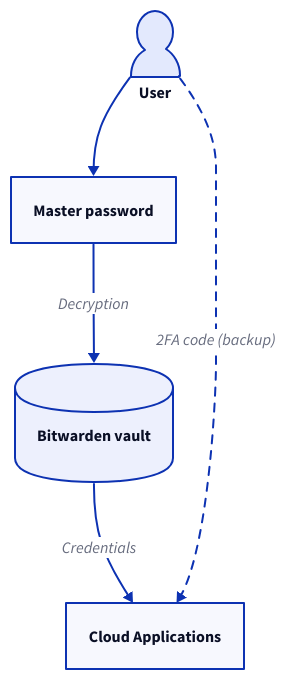
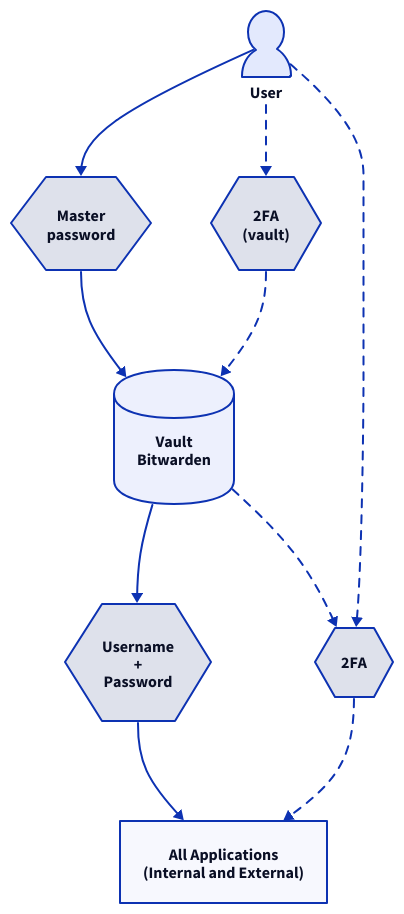
One commit to darkone-linux/dnf-doc changed the diagram in src/content/docs/en/doc/user-guide/account.mdx. Above: the diagram before and after it, drawn with D2. The commit also changed other lines of this file and 1 other file, not shown here.

Commit message:
doc(diagram): passwords / 2fa

````diff
--- a/src/content/docs/en/doc/user-guide/account.mdx
+++ b/src/content/docs/en/doc/user-guide/account.mdx
@@ -34,22 +34,47 @@
 ```d2
 style.fill: transparent
 direction: down
 
 user: User {
   shape: person
 }
 
-master: Master password
-vault: Bitwarden vault {
+master: Master\npassword {
+  shape: hexagon
+}
+2fac: 2FA\n(vault) {
+  shape: hexagon
+}
+vault: Vault\nBitwarden {
   shape: cylinder
 }
+idp: Username\n+\nPassword {
+  shape: hexagon
+}
+2fa: 2FA {
+  shape: hexagon
+}
 
-apps: Cloud Applications
+apps: All Applications\n(Internal and External)
 
 user -> master
-master -> vault: Decryption
-vault -> apps: Credentials
-user -> apps: 2FA code (backup) {
+master -> vault
+vault -> idp
+idp -> apps
+
+user -> 2fac {
+  style.stroke-dash: 4
+}
+2fac -> vault {
+  style.stroke-dash: 4
+}
+vault -> 2fa {
+  style.stroke-dash: 4
+}
+2fa -> apps {
+  style.stroke-dash: 4
+}
+user -> 2fa {
   style.stroke-dash: 4
 }
 ```
````
